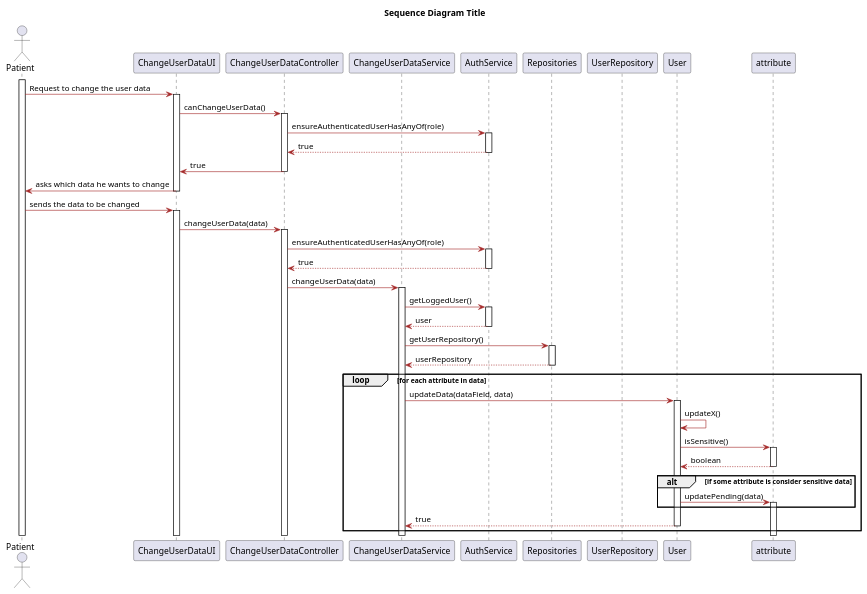
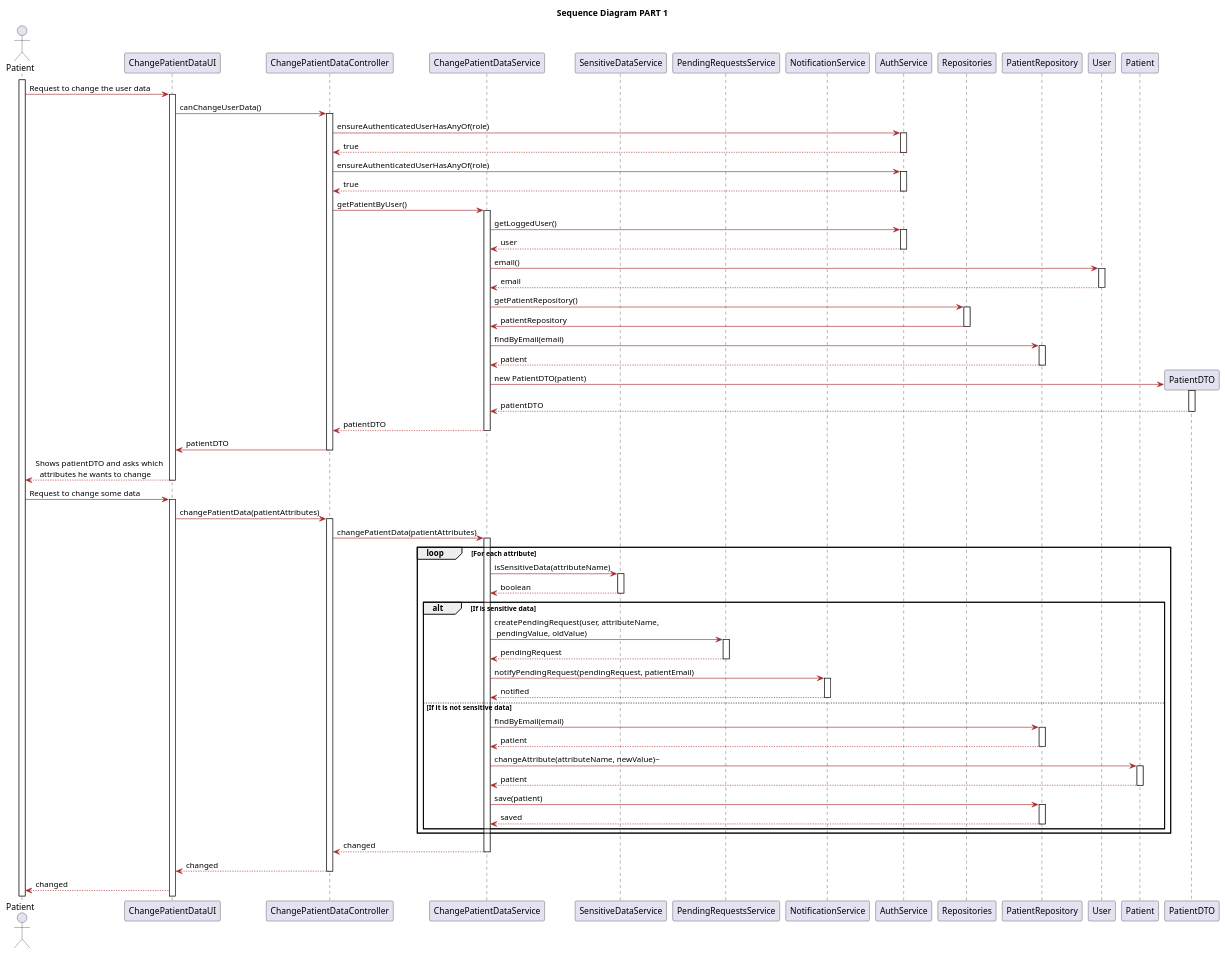
Before and after one commit to LAPR5-043/sem_5_24_25_043: the diagram in Docs/Sprint1/UserStories/LAPR5/us514/design/puml/sequence-diagram-part1.puml, drawn with PlantUML. The commit also changed 8 other files, not shown here.

```diff
--- a/Docs/Sprint1/UserStories/LAPR5/us514/design/puml/sequence-diagram-part1.puml
+++ b/Docs/Sprint1/UserStories/LAPR5/us514/design/puml/sequence-diagram-part1.puml
@@ -1,93 +1,141 @@
 @startuml
-title Sequence Diagram Title
+title Sequence Diagram PART 1
 skinparam classAttributeIconSize 0
 
 skinparam class {
     LifeLineBorderColor DodgerBlue
     LifeLineBackgroundColor APPLICATION
     BackgroundColor LemonChiffon
     ArrowColor Brown
     BorderColor SaddleBrown
 }
 
 skinparam packageStyle rectangle
 
 skinparam card {
     LifeLineBorderColor DodgerBlue
     LifeLineBackgroundColor APPLICATION
     BackgroundColor LemonChiffon
     ArrowColor Brown
     BorderColor SaddleBrown
 }
 
 actor Patient
-participant "ChangeUserDataUI" as UI
-participant "ChangeUserDataController" as Controller
-participant "ChangeUserDataService" as userS
+participant "ChangePatientDataUI" as UI
+participant "ChangePatientDataController" as Controller
+participant "ChangePatientDataService" as userS
+participant "SensitiveDataService" as service
+participant "PendingRequestsService" as serviceRequest
+participant "NotificationService" as serviceNote
 participant "AuthService" as auth
 participant "Repositories" as Repositories
-participant "UserRepository" as userR
-participant "User" as user
-participant "attribute" as attribute
+participant "PatientRepository" as patientR
+participant "User" as USER
+participant "Patient" as patient
+
+participant "PatientDTO" as patientDTO
+
 
 activate Patient
 Patient -> UI: Request to change the user data
 activate UI
 UI -> Controller: canChangeUserData()
 activate Controller
 Controller -> auth: ensureAuthenticatedUserHasAnyOf(role)
 activate auth
 auth --> Controller:  true
 deactivate auth
-Controller -> UI: true
-deactivate Controller
-UI -> Patient: asks which data he wants to change
-deactivate UI
 
-Patient -> UI: sends the data to be changed 
-activate UI
-UI -> Controller: changeUserData(data)
-activate Controller
 Controller -> auth: ensureAuthenticatedUserHasAnyOf(role)
 activate auth
 auth --> Controller:  true
 deactivate auth
-Controller -> userS : changeUserData(data)
+Controller -> userS : getPatientByUser()
 activate userS
 userS -> auth : getLoggedUser()
 activate auth
 auth --> userS : user
 deactivate auth
-userS -> Repositories : getUserRepository()
+userS -> USER : email()
+activate USER
+USER --> userS : email
+deactivate USER
+userS ->Repositories : getPatientRepository()
 activate Repositories
-Repositories --> userS : userRepository
+Repositories -> userS : patientRepository
 deactivate Repositories
-loop for each attribute in data
-userS -> user : updateData(dataField, data)
-activate user
-user -> user : updateX()
-user -> attribute : isSensitive()
-activate attribute
-attribute --> user : boolean
-deactivate attribute
-alt if some attribute is consider sensitive data
+userS -> patientR : findByEmail(email)
+activate patientR
+patientR --> userS : patient
+deactivate patientR
+userS -> patientDTO** : new PatientDTO(patient)
+activate patientDTO
+patientDTO --> userS : patientDTO
+deactivate patientDTO
+userS --> Controller : patientDTO
+deactivate userS
+Controller -> UI : patientDTO
+deactivate Controller
+UI --> Patient : Shows patientDTO and asks which \n  attributes he wants to change
+deactivate UI
+Patient -> UI : Request to change some data
+activate UI
+UI -> Controller : changePatientData(patientAttributes)
+activate Controller
+Controller -> userS : changePatientData(patientAttributes)
+activate userS
+loop For each attribute 
+userS -> service : isSensitiveData(attributeName)
+activate service
+service --> userS : boolean
+deactivate service
+alt If is sensitive data
+userS -> serviceRequest : createPendingRequest(user, attributeName, \n pendingValue, oldValue)
+activate serviceRequest
+serviceRequest --> userS : pendingRequest
+deactivate serviceRequest
+userS -> serviceNote : notifyPendingRequest(pendingRequest, patientEmail)
+activate serviceNote
+serviceNote --> userS : notified
+deactivate serviceNote
 
-user -> attribute : updatePending(data)
-activate attribute 
+else If it is not sensitive data
+userS -> patientR : findByEmail(email)
+activate patientR
+patientR --> userS : patient
+deactivate patientR
+userS -> patient : changeAttribute(attributeName, newValue)~
+activate patient
+patient --> userS : patient
+deactivate patient
+userS -> patientR : save(patient)
+activate patientR
+patientR --> userS : saved
+deactivate patientR
+end
+end
+userS --> Controller : changed
+deactivate userS
+Controller --> UI : changed
+deactivate Controller
+UI --> Patient : changed
 
 
 
-end
-user --> userS : true
-deactivate user
 
-end
+
+
+
+
+
+
+
 
 
 
 
 
 
 
 
 @enduml
```
